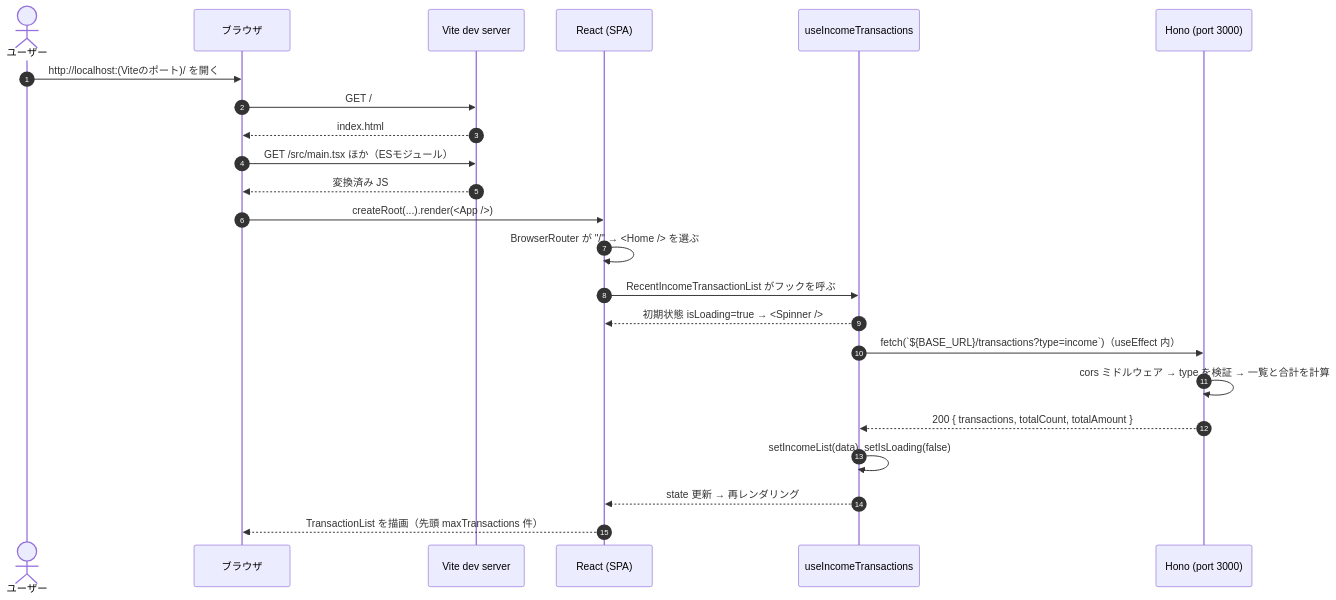
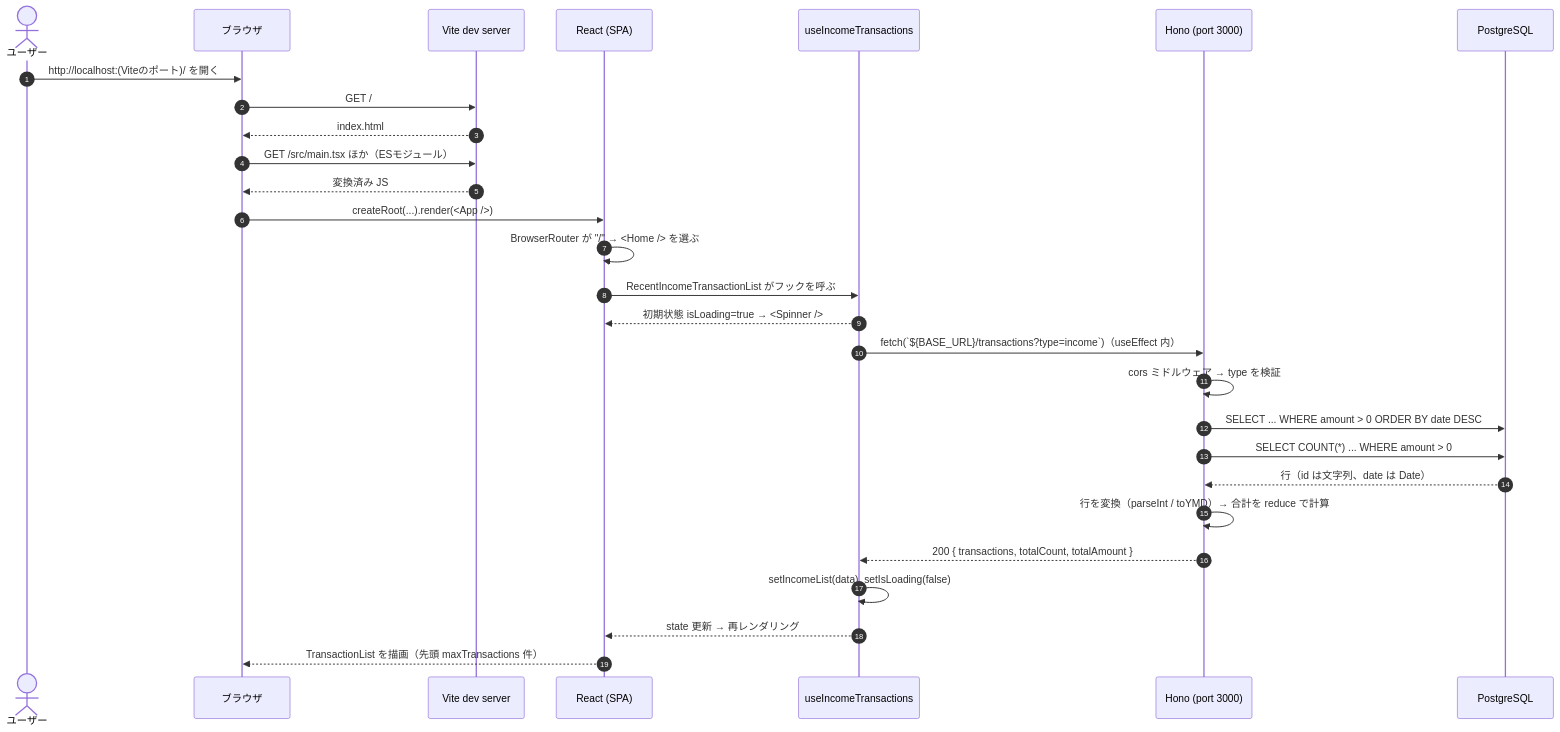
One commit to kota-shiratori/kakeibo-app changed the first of 2 diagrams in study/Architecture/02-request-flow.md. Above: the diagram before and after it, drawn with Mermaid. The commit also changed other lines of this file and 123 other files, not shown here.

First line of the commit message:
study: Docker / SQL / PostgreSQL / Database のノートを追加し、既存ノートを現行コードに合わせて更新

````diff
--- a/study/Architecture/02-request-flow.md
+++ b/study/Architecture/02-request-flow.md
@@ -11,26 +11,31 @@
 ```mermaid
 sequenceDiagram
   autonumber
   actor U as ユーザー
   participant B as ブラウザ
   participant V as Vite dev server
   participant R as React (SPA)
   participant H as useIncomeTransactions
   participant API as Hono (port 3000)
+  participant DB as PostgreSQL
 
   U->>B: http://localhost:(Viteのポート)/ を開く
   B->>V: GET /
   V-->>B: index.html
   B->>V: GET /src/main.tsx ほか（ESモジュール）
   V-->>B: 変換済み JS
   B->>R: createRoot(...).render(<App />)
   R->>R: BrowserRouter が "/" → <Home /> を選ぶ
   R->>H: RecentIncomeTransactionList がフックを呼ぶ
   H-->>R: 初期状態 isLoading=true → <Spinner />
   H->>API: fetch(`${BASE_URL}/transactions?type=income`)（useEffect 内）
-  API->>API: cors ミドルウェア → type を検証 → 一覧と合計を計算
+  API->>API: cors ミドルウェア → type を検証
+  API->>DB: SELECT ... WHERE amount > 0 ORDER BY date DESC
+  API->>DB: SELECT COUNT(*) ... WHERE amount > 0
+  DB-->>API: 行（id は文字列、date は Date）
+  API->>API: 行を変換（parseInt / toYMD）→ 合計を reduce で計算
   API-->>H: 200 { transactions, totalCount, totalAmount }
   H->>H: setIncomeList(data), setIsLoading(false)
   H-->>R: state 更新 → 再レンダリング
   R-->>B: TransactionList を描画（先頭 maxTransactions 件）
 ```
````
